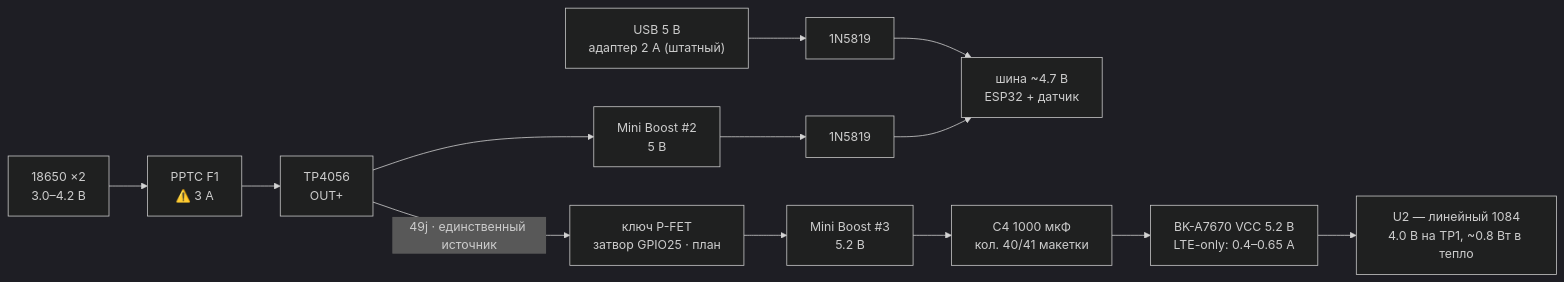
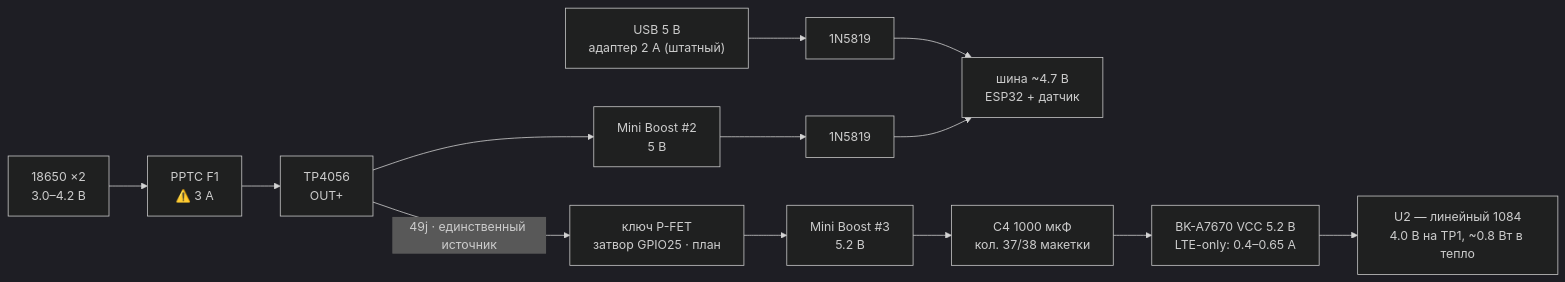
Before and after one commit to temafey/ArduinoWindStation: the first of 2 diagrams in tasks/10-a7670e-4g-gps.md, drawn with Mermaid (dark theme). The commit also changed other lines of this file and 7 other files, not shown here.

````diff
--- a/tasks/10-a7670e-4g-gps.md
+++ b/tasks/10-a7670e-4g-gps.md
@@ -538,11 +545,11 @@
 ```mermaid
 flowchart LR
   USB["USB 5 В<br/>адаптер 2 А (штатный)"] --> D1["1N5819"] --> RAIL["шина ~4.7 В<br/>ESP32 + датчик"]
   BAT["18650 ×2<br/>3.0–4.2 В"] --> F1["PPTC F1<br/>⚠️ 3 А"]
   F1 --> TP["TP4056<br/>OUT+"]
   TP --> B2["Mini Boost #2<br/>5 В"] --> D2["1N5819"] --> RAIL
   TP -->|"49j · единственный источник"| SW["ключ P-FET<br/>затвор GPIO25 · план"]
   SW --> B3["Mini Boost #3<br/>5.2 В"]
-  B3 --> CAP["C4 1000 мкФ<br/>кол. 40/41 макетки"] --> MODEM["BK-A7670 VCC 5.2 В<br/>LTE-only: 0.4–0.65 А"]
+  B3 --> CAP["C4 1000 мкФ<br/>кол. 37/38 макетки"] --> MODEM["BK-A7670 VCC 5.2 В<br/>LTE-only: 0.4–0.65 А"]
   MODEM --> U2["U2 — линейный 1084<br/>4.0 В на TP1, ~0.8 Вт в тепло"]
 ```
````
